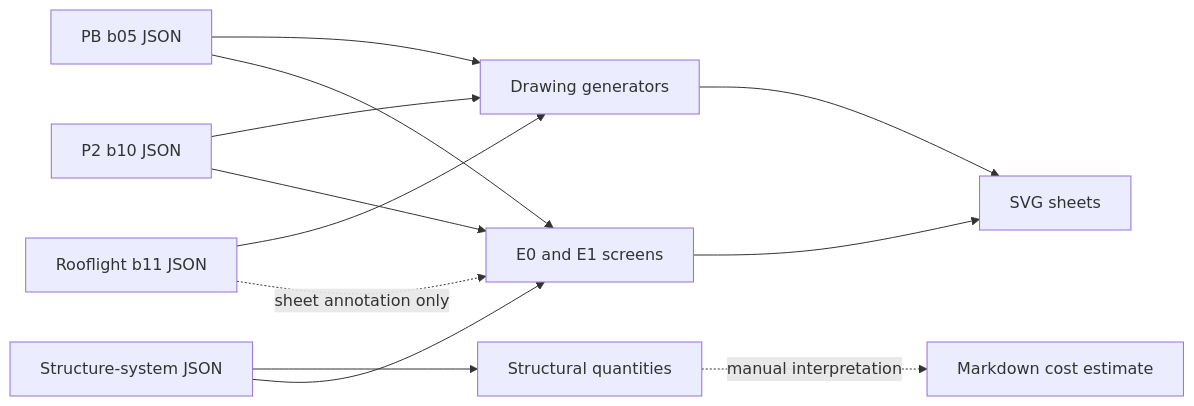
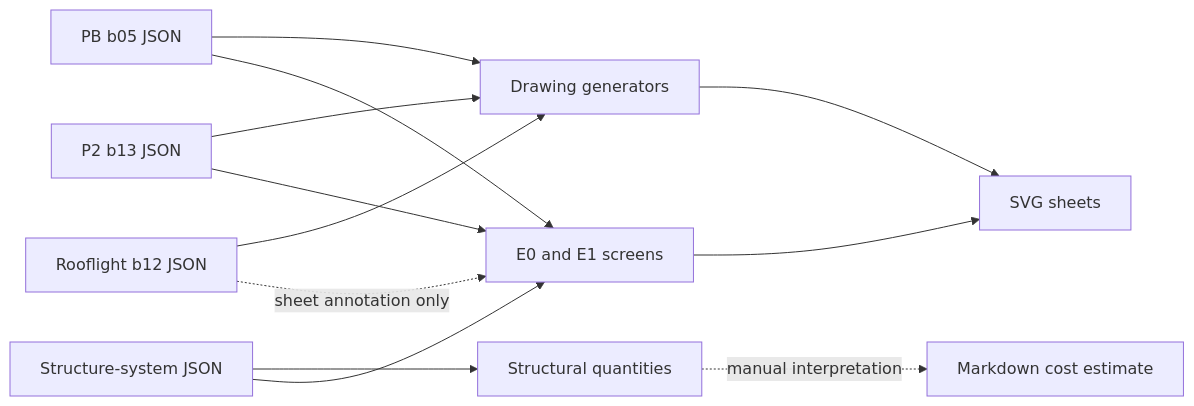
Before and after one commit to bultodepapas/DremHouse: the first of 2 diagrams in docs/06_gestion_y_obra/parametric_architecture_structure_cost_integration_plan.md, drawn with Mermaid. The commit also changed other lines of this file and 46 other files, not shown here.

````diff
--- a/docs/06_gestion_y_obra/parametric_architecture_structure_cost_integration_plan.md
+++ b/docs/06_gestion_y_obra/parametric_architecture_structure_cost_integration_plan.md
@@ -173,14 +189,14 @@
 ```mermaid
 flowchart LR
     A[PB b05 JSON] --> D[Drawing generators]
-    B[P2 b10 JSON] --> D
-    C[Rooflight b11 JSON] --> D
+    B[P2 b13 JSON] --> D
+    C[Rooflight b12 JSON] --> D
     S[Structure-system JSON] --> Q[Structural quantities]
     S --> E[E0 and E1 screens]
     A --> E
     B --> E
     C -. sheet annotation only .-> E
     Q -. manual interpretation .-> K[Markdown cost estimate]
     D --> O[SVG sheets]
     E --> O
 ```
````
